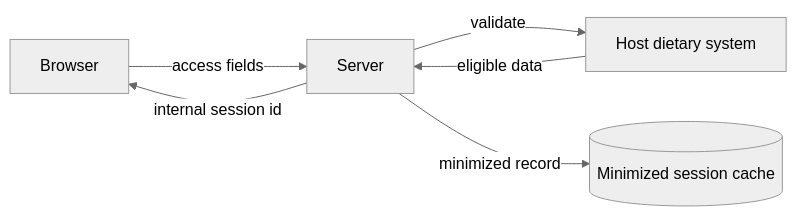
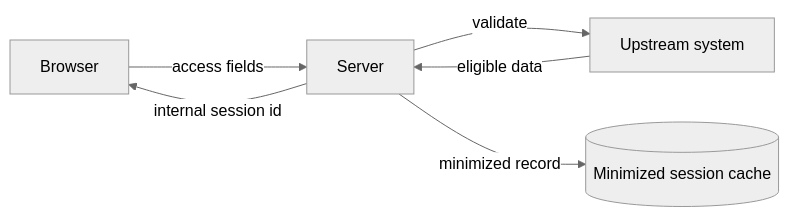
One commit to Wildsdesign/MealMind-Proof changed the diagram in SECURITY_AND_PHI.md. Above: the diagram before and after it, drawn with Mermaid (neutral theme). The commit also changed other lines of this file and 10 other files, not shown here.

````diff
--- a/SECURITY_AND_PHI.md
+++ b/SECURITY_AND_PHI.md
@@ -12,13 +12,13 @@
 ```mermaid
 flowchart LR
     Browser["Browser"]
     API["Server"]
-    Host["Host dietary system"]
+    Host["Upstream system"]
     Cache[("Minimized session cache")]
 
     Browser -->|access fields| API
     API -->|validate| Host
     Host -->|eligible data| API
     API -->|minimized record| Cache
     API -->|internal session id| Browser
 ```
````
